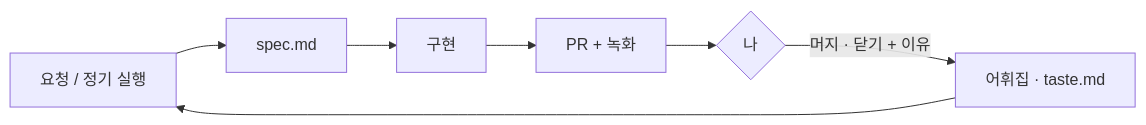
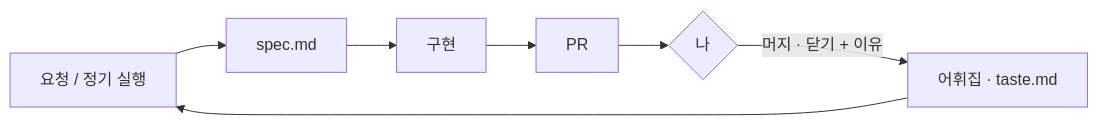
Before and after one commit to soma0078/react-playground: the diagram in README.md, drawn with Mermaid. The commit also changed other lines of this file and 11 other files, not shown here.

````diff
--- a/README.md
+++ b/README.md
@@ -10,7 +10,7 @@
 ```mermaid
 flowchart LR
-    A[요청 / 정기 실행] --> B[spec.md] --> C[구현] --> D[PR + 녹화]
+    A[요청 / 정기 실행] --> B[spec.md] --> C[구현] --> D[PR]
     D --> E{나}
     E -->|머지 · 닫기 + 이유| F[어휘집 · taste.md]
     F --> A
 ```
````
